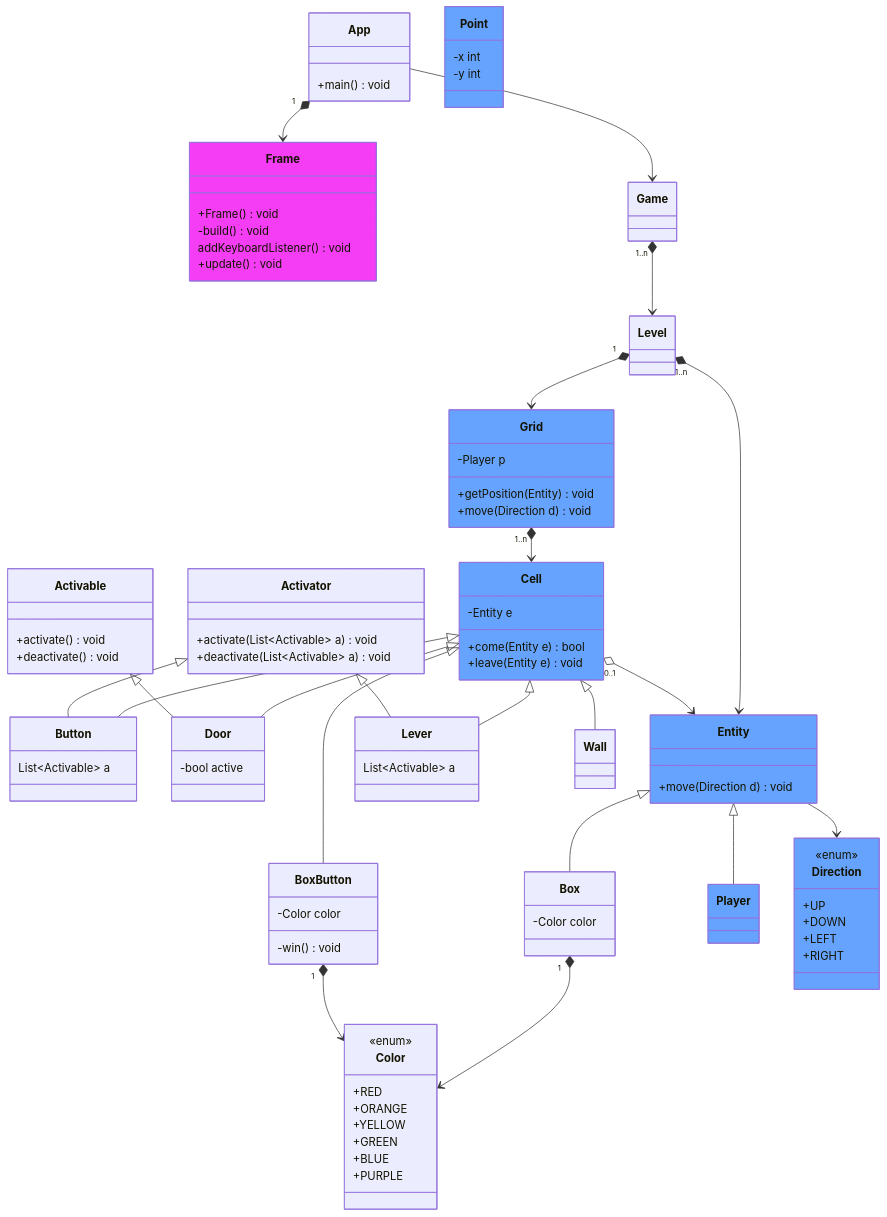
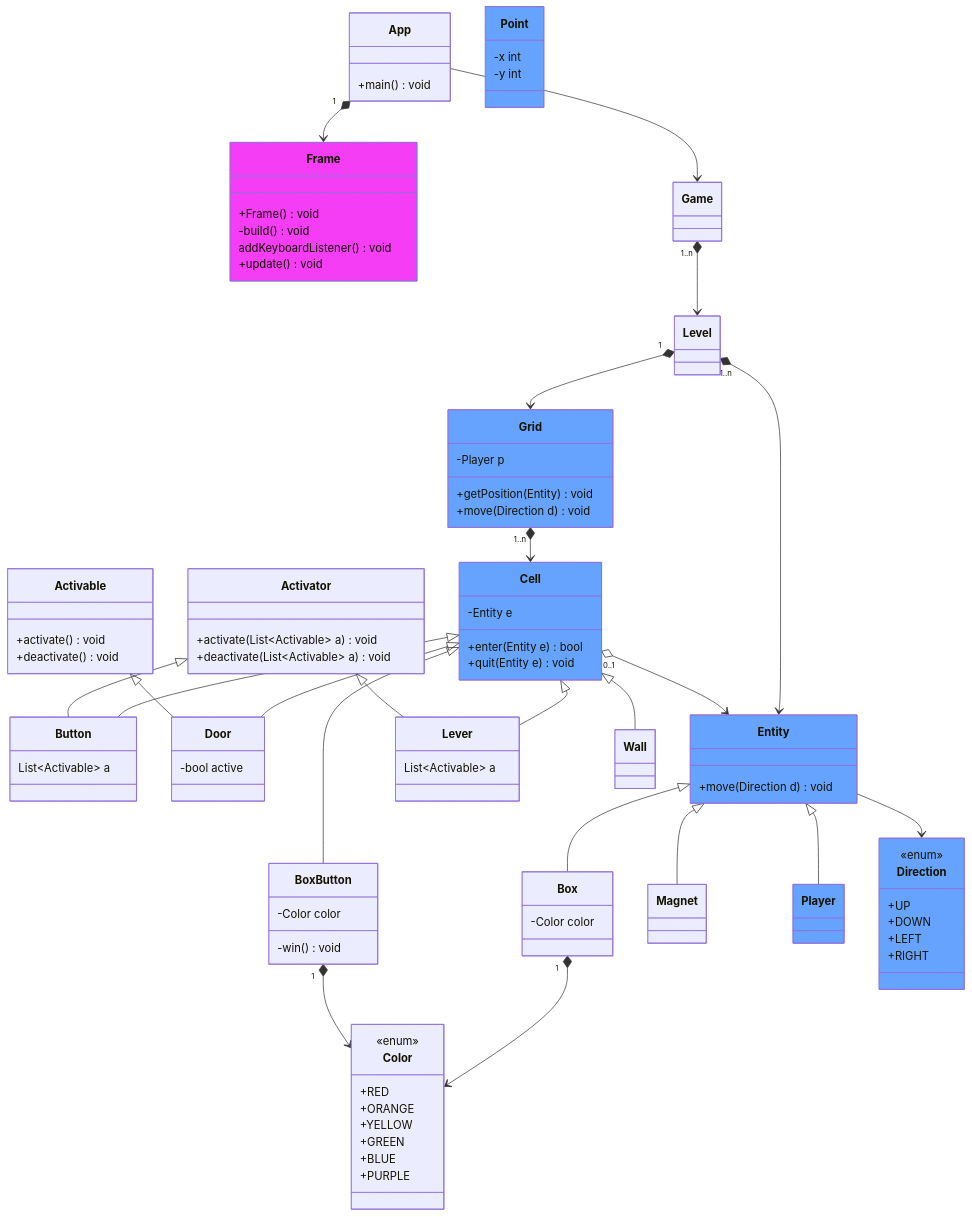
Before and after one commit to Dorian-T/PIEDS: the diagram in doc/uml/classDiagram.md, drawn with Mermaid. The commit also changed 11 other files, not shown here.

```diff
--- a/doc/uml/classDiagram.md
+++ b/doc/uml/classDiagram.md
@@ -22,8 +22,8 @@
 
 	class Cell {
 		-Entity e
-		+come(Entity e) bool
-		+leave(Entity e) void
+		+enter(Entity e) bool
+		+quit(Entity e) void
 	}
 
 	class Door {
@@ -52,6 +52,10 @@
 	}
 
 	class Level {
+
+	}
+
+	class Magnet {
 
 	}
 
@@ -123,6 +127,7 @@
 	Cell <|-- Wall
 	Entity --> Direction
 	Entity <|-- Box
+	Entity <|-- Magnet
 	Entity <|-- Player
 	Box "1" *--> Color
 	BoxButton "1" *--> Color
```
